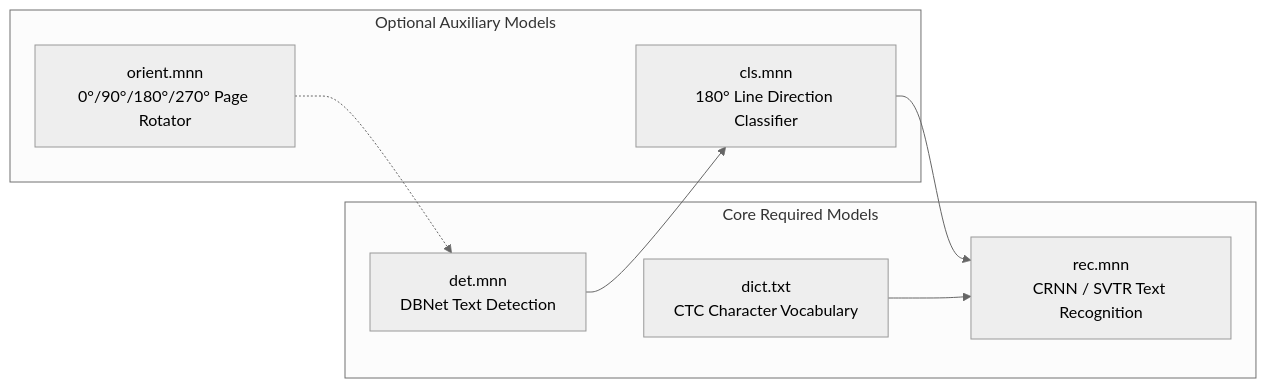
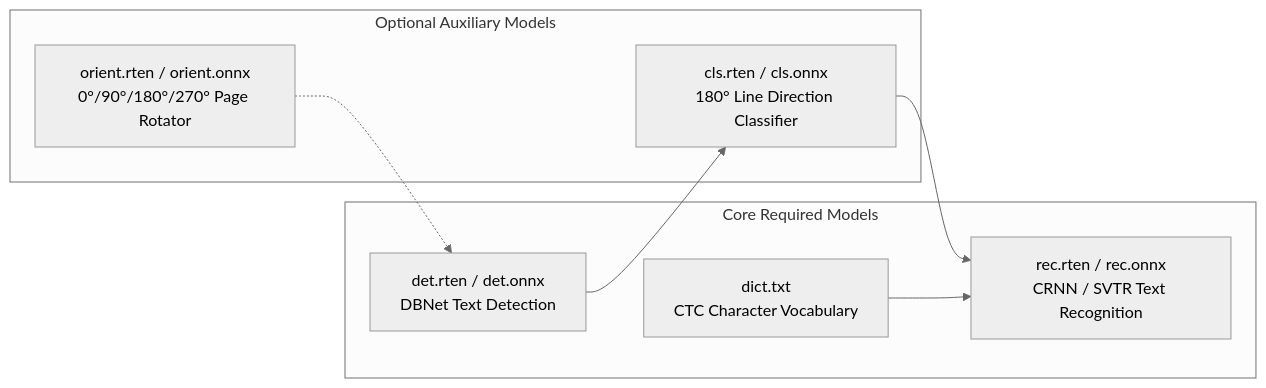
Before and after one commit to byrizki/rusto-rs: the diagram in docs/content/en/03.advance-guide/01.models-and-tiers.md, drawn with Mermaid (neutral theme). The commit also changed other lines of this file and 51 other files, not shown here.

````diff
--- a/docs/content/en/03.advance-guide/01.models-and-tiers.md
+++ b/docs/content/en/03.advance-guide/01.models-and-tiers.md
@@ -31,18 +31,18 @@
 ```mermaid
 flowchart LR
     subgraph CoreModels ["Core Required Models"]
-        DET["det.mnn<br/>DBNet Text Detection"]
-        REC["rec.mnn<br/>CRNN / SVTR Text Recognition"]
+        DET["det.rten / det.onnx<br/>DBNet Text Detection"]
+        REC["rec.rten / rec.onnx<br/>CRNN / SVTR Text Recognition"]
         DICT["dict.txt<br/>CTC Character Vocabulary"]
     end
 
     subgraph AuxiliaryModels ["Optional Auxiliary Models"]
-        CLS["cls.mnn<br/>180&deg; Line Direction Classifier"]
-        ORIENT["orient.mnn<br/>0&deg;/90&deg;/180&deg;/270&deg; Page Rotator"]
+        CLS["cls.rten / cls.onnx<br/>180&deg; Line Direction Classifier"]
+        ORIENT["orient.rten / orient.onnx<br/>0&deg;/90&deg;/180&deg;/270&deg; Page Rotator"]
     end
 
     ORIENT -.-> DET
     DET --> CLS
     CLS --> REC
     DICT --> REC
 ```
````
